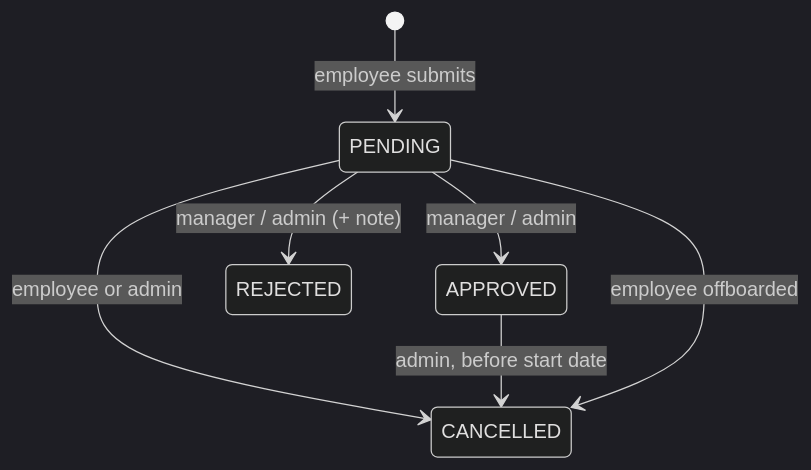
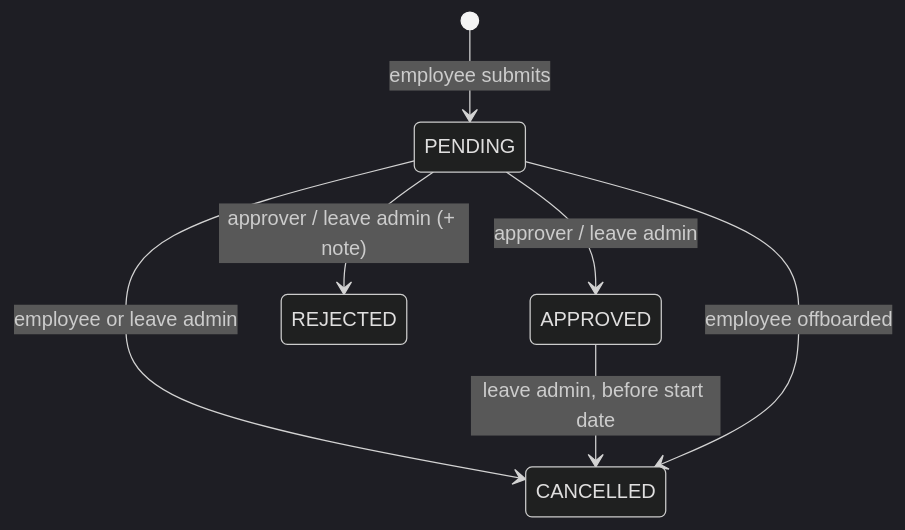
The diagram in docs/modules/leave.md (mky120799/HRMS-PORTAL), drawn with Mermaid (dark theme) before and after one commit. The commit also changed other lines of this file and 158 other files, not shown here.

````diff
--- a/docs/modules/leave.md
+++ b/docs/modules/leave.md
@@ -23,9 +23,9 @@
 ```mermaid
 stateDiagram-v2
   [*] --> PENDING: employee submits
-  PENDING --> APPROVED: manager / admin
-  PENDING --> REJECTED: manager / admin (+ note)
-  PENDING --> CANCELLED: employee or admin
-  APPROVED --> CANCELLED: admin, before start date
+  PENDING --> APPROVED: approver / leave admin
+  PENDING --> REJECTED: approver / leave admin (+ note)
+  PENDING --> CANCELLED: employee or leave admin
+  APPROVED --> CANCELLED: leave admin, before start date
   PENDING --> CANCELLED: employee offboarded
 ```
````
